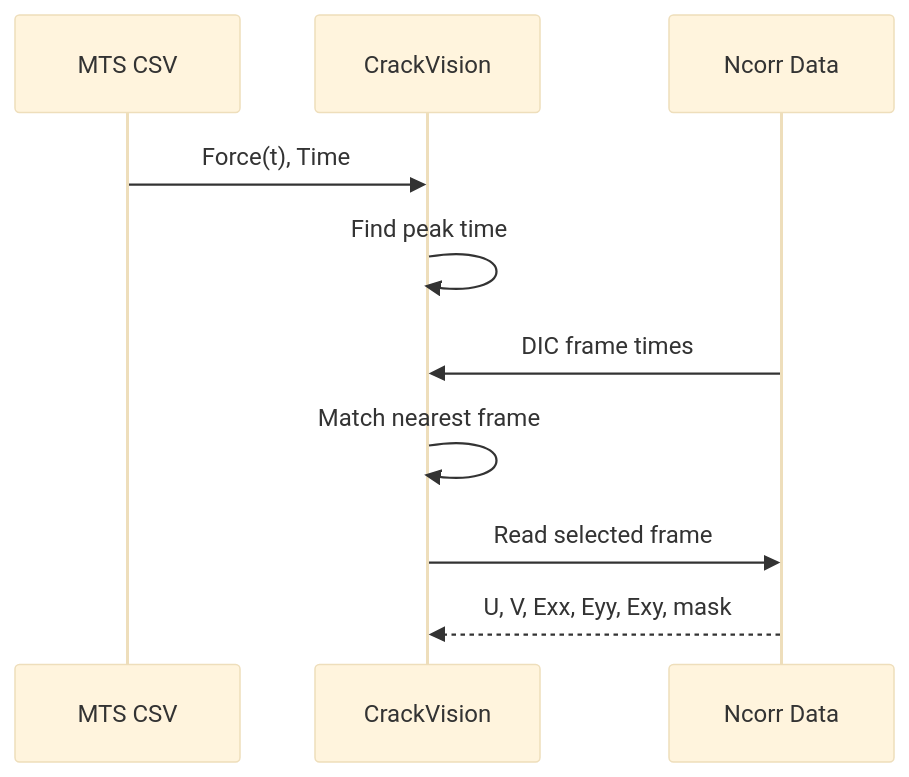
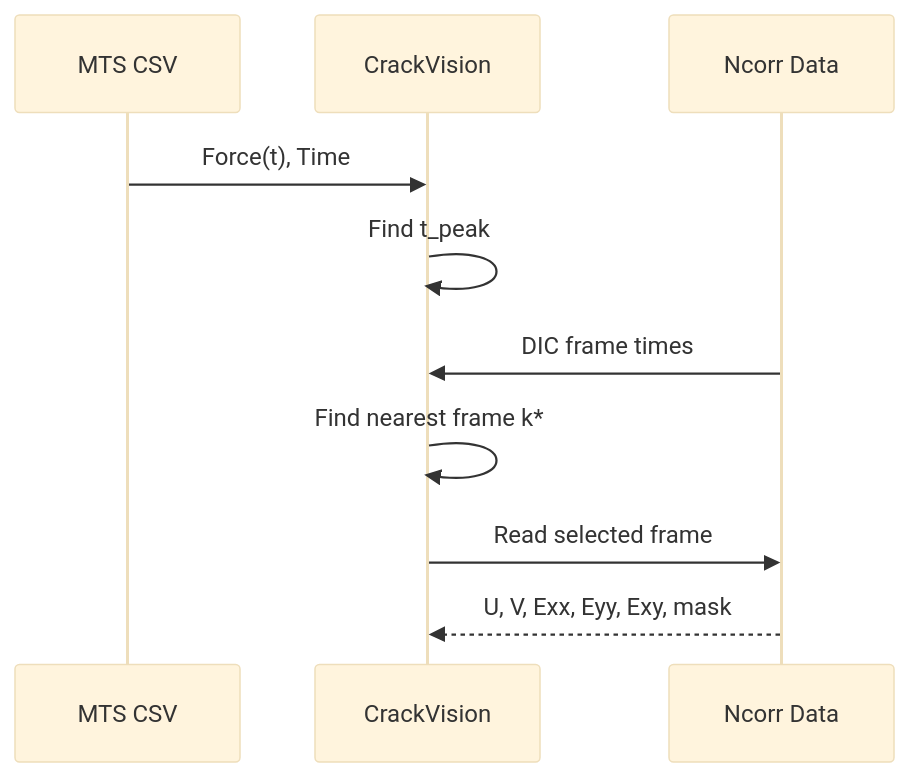
Before and after one commit to liqinglq666/CrackVision-DIC: the second of 6 diagrams in README.md, drawn with Mermaid (base theme). The commit also changed other lines of this file, not shown here.

````diff
--- a/README.md
+++ b/README.md
@@ -143,13 +158,13 @@
 ```mermaid
 sequenceDiagram
     participant MTS as MTS CSV
     participant CV as CrackVision
     participant DIC as Ncorr Data
 
     MTS->>CV: Force(t), Time
-    CV->>CV: Find peak time
+    CV->>CV: Find t_peak
     DIC->>CV: DIC frame times
-    CV->>CV: Match nearest frame
+    CV->>CV: Find nearest frame k*
     CV->>DIC: Read selected frame
     DIC-->>CV: U, V, Exx, Eyy, Exy, mask
 ```
````
